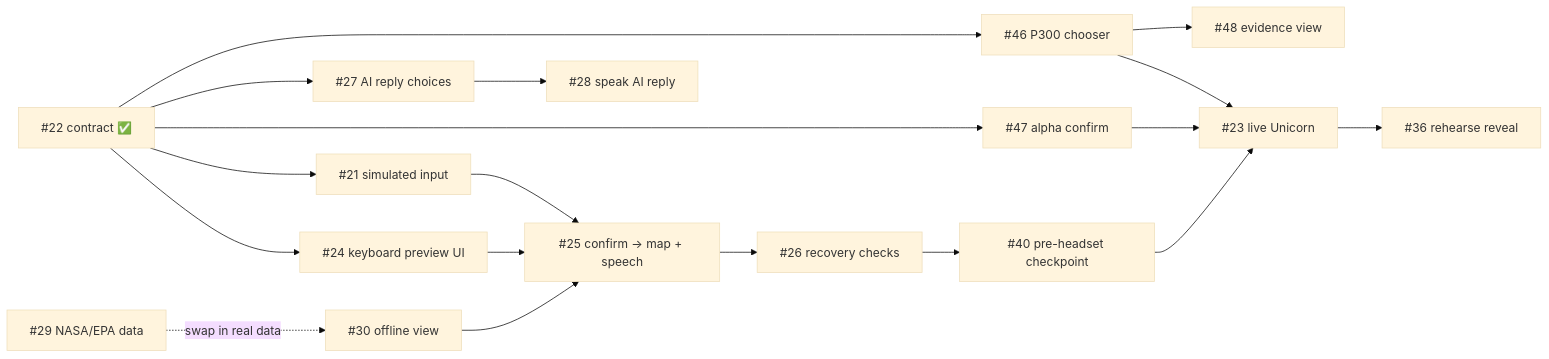
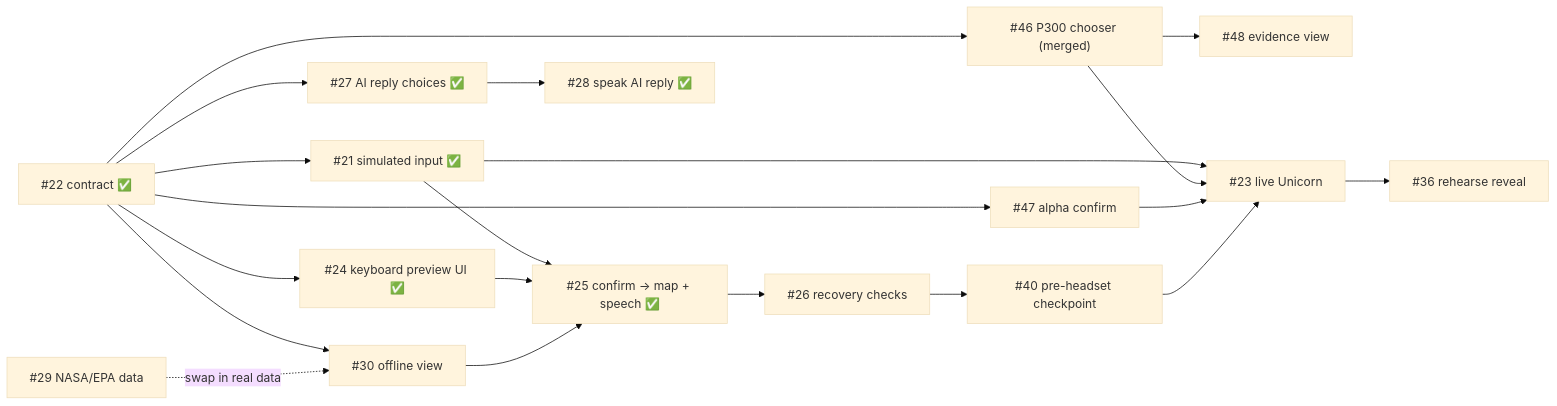
One commit to Order-of-the-Golden-Eagles/Signal2Speech changed the second of 2 diagrams in docs/architecture/selection-contract.md. Above: the diagram before and after it, drawn with Mermaid (base theme). The commit also changed other lines of this file and 3 other files, not shown here.

Commit message:
Sync architecture docs with main and add a current-status table (#1)

````diff
--- a/docs/architecture/selection-contract.md
+++ b/docs/architecture/selection-contract.md
@@ -154,20 +179,22 @@
 ```mermaid
 flowchart LR
-    I22["#22 contract ✅"] --> I21["#21 simulated input"]
-    I22 --> I24["#24 keyboard preview UI"]
-    I22 --> I27["#27 AI reply choices"]
-    I22 --> I46["#46 P300 chooser"]
+    I22["#22 contract ✅"] --> I21["#21 simulated input ✅"]
+    I22 --> I24["#24 keyboard preview UI ✅"]
+    I22 --> I27["#27 AI reply choices ✅"]
+    I22 --> I46["#46 P300 chooser (merged)"]
     I22 --> I47["#47 alpha confirm"]
-    I29["#29 NASA/EPA data"] -.->|swap in real data| I30["#30 offline view"]
-    I21 --> I25["#25 confirm → map + speech"]
+    I22 --> I30["#30 offline view"]
+    I29["#29 NASA/EPA data"] -.->|swap in real data| I30
+    I21 --> I25["#25 confirm → map + speech ✅"]
     I24 --> I25
     I30 --> I25
     I46 --> I48["#48 evidence view"]
     I25 --> I26["#26 recovery checks"]
     I26 --> I40["#40 pre-headset checkpoint"]
+    I21 --> I23
     I46 --> I23["#23 live Unicorn"]
     I47 --> I23
     I40 --> I23
     I23 --> I36["#36 rehearse reveal"]
-    I27 --> I28["#28 speak AI reply"]
+    I27 --> I28["#28 speak AI reply ✅"]
 ```
````
